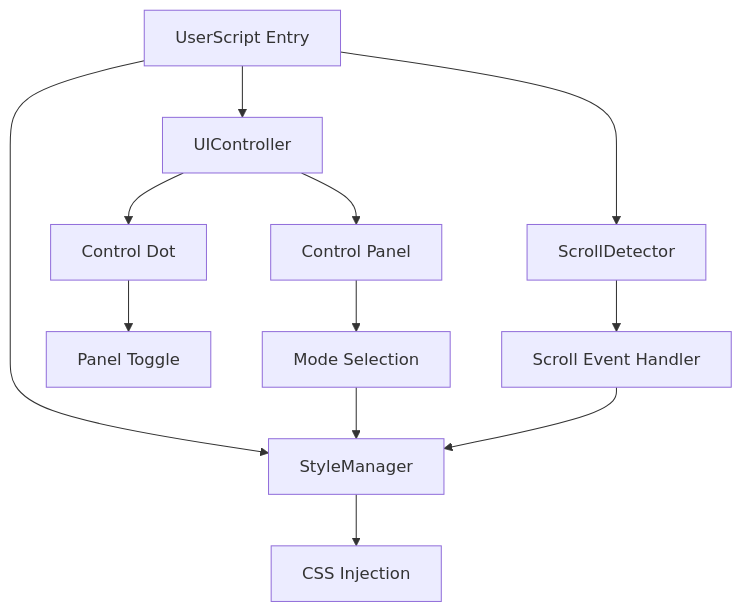
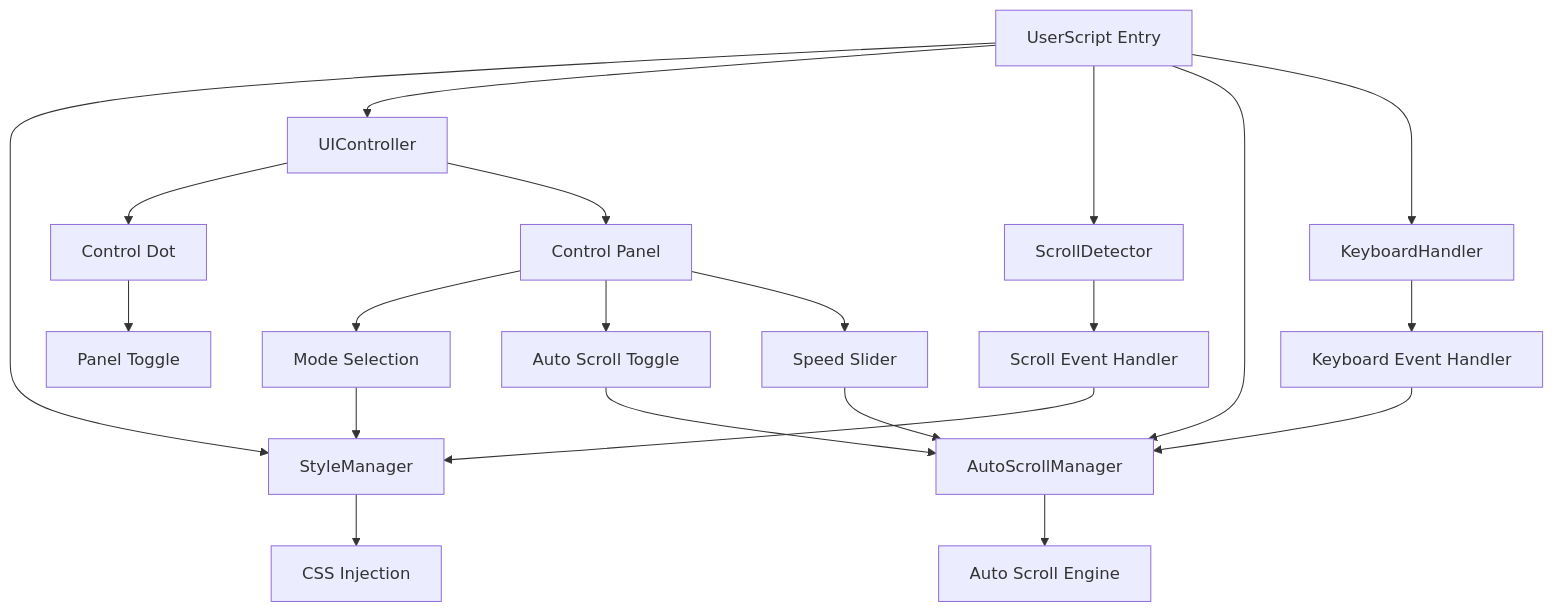
Before and after one commit to karminski/scrollbar-controller: the diagram in .kiro/specs/scrollbar-control-userscript/design.md, drawn with Mermaid. The commit also changed other lines of this file and 3 other files, not shown here.

Commit message:
ADD auto scroll feature

````diff
--- a/.kiro/specs/scrollbar-control-userscript/design.md
+++ b/.kiro/specs/scrollbar-control-userscript/design.md
@@ -11,16 +11,25 @@
 ```mermaid
 graph TD
     A[UserScript Entry] --> B[StyleManager]
     A --> C[UIController]
     A --> D[ScrollDetector]
+    A --> E[AutoScrollManager]
+    A --> F[KeyboardHandler]
     
-    B --> E[CSS Injection]
-    C --> F[Control Dot]
-    C --> G[Control Panel]
-    D --> H[Scroll Event Handler]
+    B --> G[CSS Injection]
+    C --> H[Control Dot]
+    C --> I[Control Panel]
+    D --> J[Scroll Event Handler]
+    E --> K[Auto Scroll Engine]
+    F --> L[Keyboard Event Handler]
     
-    F --> I[Panel Toggle]
-    G --> J[Mode Selection]
+    H --> M[Panel Toggle]
+    I --> N[Mode Selection]
+    I --> O[Auto Scroll Toggle]
+    I --> P[Speed Slider]
+    N --> B
     J --> B
-    H --> B
+    O --> E
+    P --> E
+    L --> E
 ```
````
